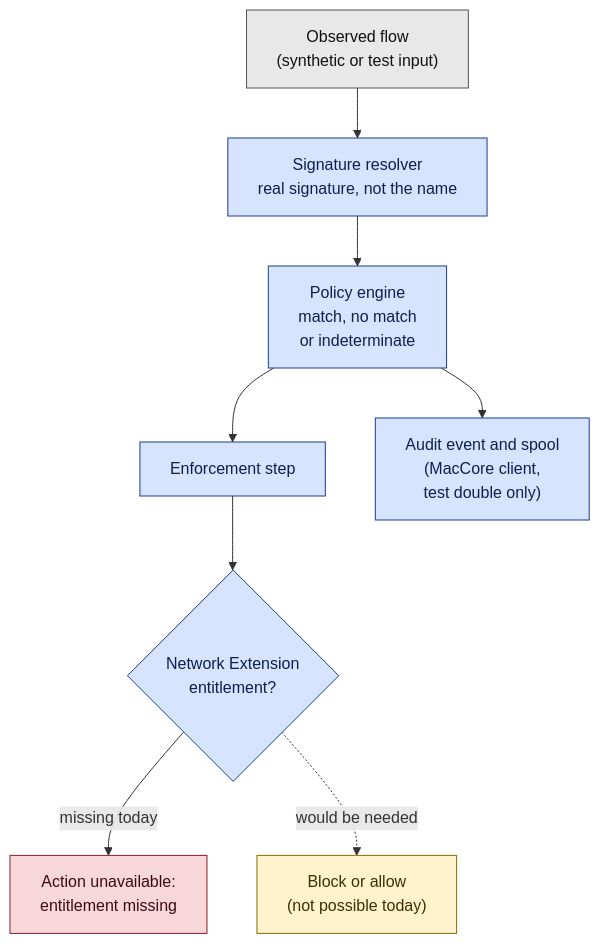
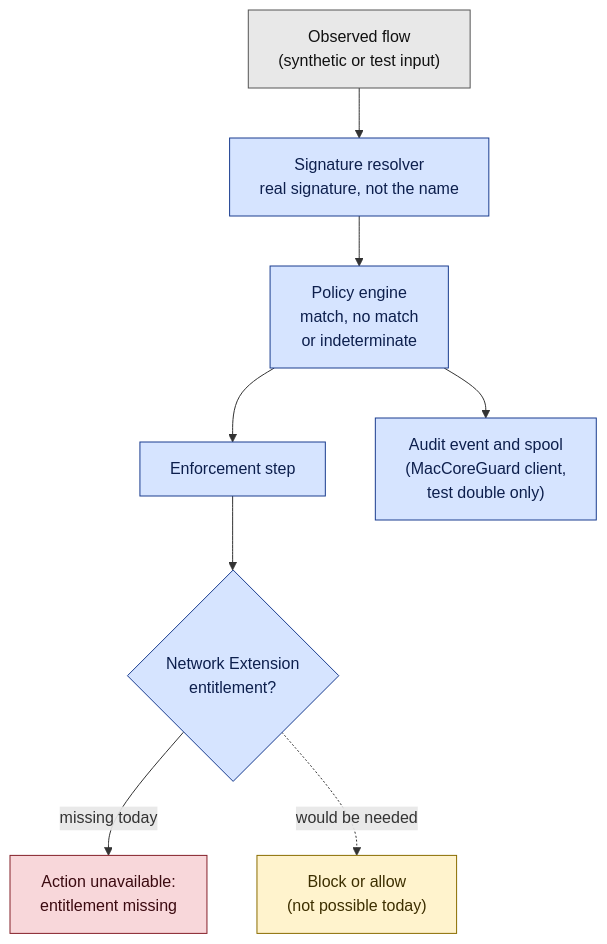
One commit to MacGuard/macguard-yara-channel changed the diagram in docs/wiki/diagrams/firewall-decision.mmd. Above: the diagram before and after it, drawn with Mermaid. The commit also changed 25 other files, not shown here.

```diff
--- a/docs/wiki/diagrams/firewall-decision.mmd
+++ b/docs/wiki/diagrams/firewall-decision.mmd
@@ -1,12 +1,12 @@
 flowchart TB
   A["Observed flow<br/>(synthetic or test input)"]:::inp --> B["Signature resolver<br/>real signature, not the name"]:::ok
   B --> C["Policy engine<br/>match, no match<br/>or indeterminate"]:::ok
   C --> D["Enforcement step"]:::ok
   D --> E{"Network Extension<br/>entitlement?"}:::ok
   E -- "missing today" --> F["Action unavailable:<br/>entitlement missing"]:::blocked
   E -. "would be needed" .-> G["Block or allow<br/>(not possible today)"]:::plan
-  C --> H["Audit event and spool<br/>(MacCore client,<br/>test double only)"]:::ok
+  C --> H["Audit event and spool<br/>(MacCoreGuard client,<br/>test double only)"]:::ok
   classDef inp fill:#e8e8e8,stroke:#555555,color:#111111
   classDef ok fill:#d6e4ff,stroke:#1a3d8f,color:#0d1f4d
   classDef blocked fill:#f8d7da,stroke:#842029,color:#3b0a10
   classDef plan fill:#fff3cd,stroke:#8a6d00,color:#3d2f00
```
